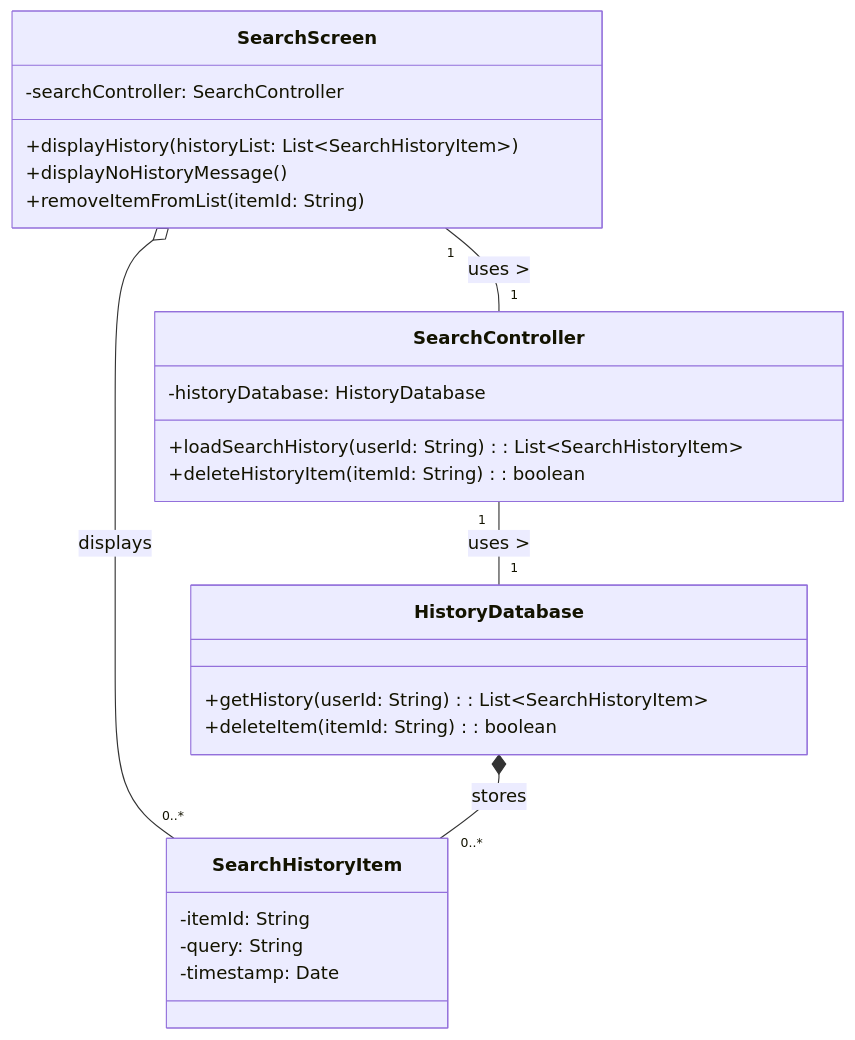
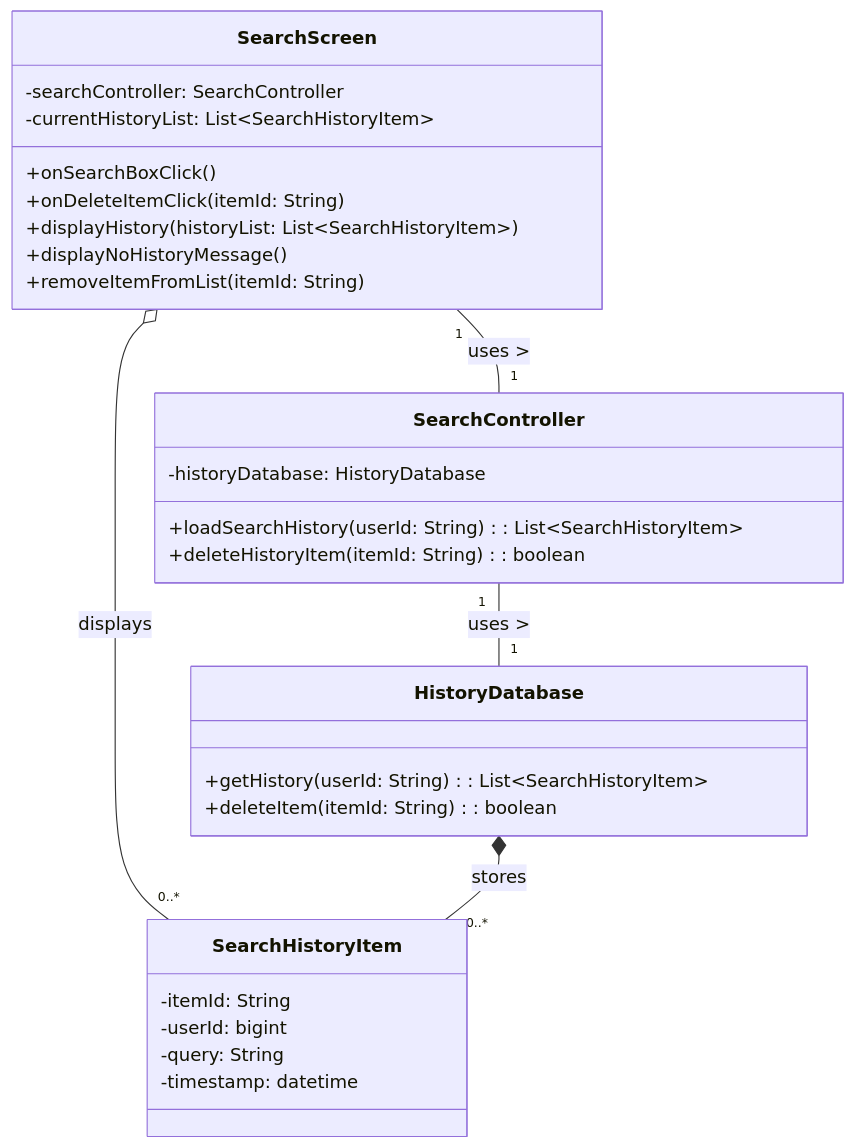
Before and after one commit to YU-SoftwareEng/AlphaBot: the second of 2 diagrams in 문서/SDS/SDS_[Alphabot]_3_ClassDiagram.md, drawn with Mermaid.

Commit message:
검색 기록 클래스 다이어그램 수정

````diff
--- a/문서/SDS/SDS_[Alphabot]_3_ClassDiagram.md
+++ b/문서/SDS/SDS_[Alphabot]_3_ClassDiagram.md
@@ -51,31 +51,35 @@
 ```mermaid
 classDiagram
   class SearchScreen {
     -searchController: SearchController
+    -currentHistoryList: List~SearchHistoryItem~
+    +onSearchBoxClick()
+    +onDeleteItemClick(itemId: String)
     +displayHistory(historyList: List~SearchHistoryItem~)
     +displayNoHistoryMessage()
     +removeItemFromList(itemId: String)
-}
+  }
 
   class SearchController {
     -historyDatabase: HistoryDatabase
     +loadSearchHistory(userId: String): List~SearchHistoryItem~
     +deleteHistoryItem(itemId: String): boolean
-}
+  }
 
-  class HistoryDatabase { 
+  class HistoryDatabase {
     +getHistory(userId: String): List~SearchHistoryItem~
     +deleteItem(itemId: String): boolean
-}
+  }
 
   class SearchHistoryItem {
     -itemId: String
+    -userId: bigint
     -query: String
-    -timestamp: Date
-}
+    -timestamp: datetime
+  }
 
 SearchScreen "1" -- "1" SearchController : uses >
 SearchController "1" -- "1" HistoryDatabase : uses >
 SearchScreen o-- "0..*" SearchHistoryItem : displays
 HistoryDatabase *-- "0..*" SearchHistoryItem : stores
 ```
````
